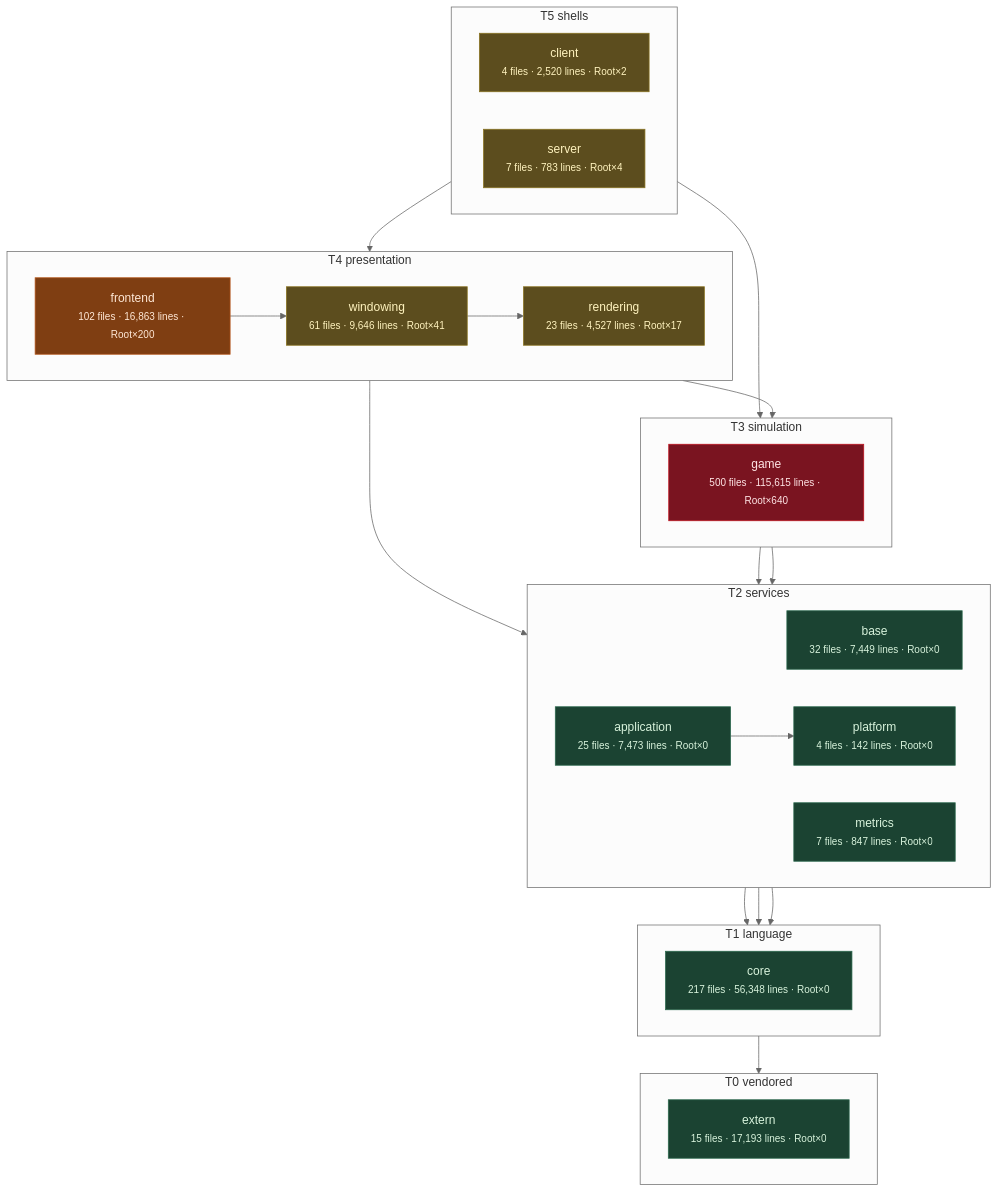
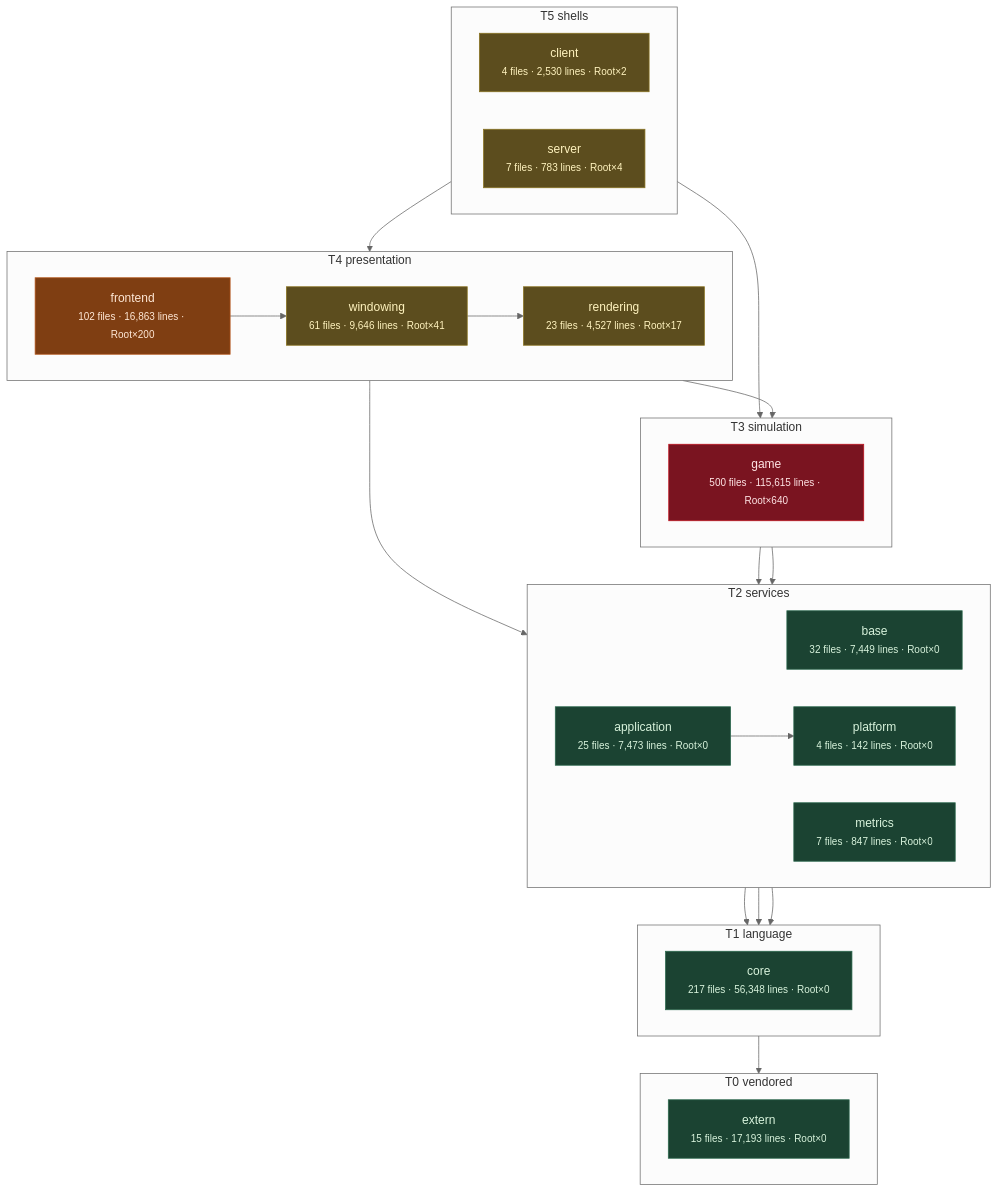
One commit to apnex/OpenStarbound changed the third of 11 diagrams in docs/architecture/system-boundaries.md. Above: the diagram before and after it, drawn with Mermaid (neutral theme). The commit also changed other lines of this file and 5 other files, not shown here.

````diff
--- a/docs/architecture/system-boundaries.md
+++ b/docs/architecture/system-boundaries.md
@@ -271,54 +271,54 @@
 ```mermaid
 flowchart TD
   subgraph T0["T0 vendored"]
     direction LR
     extern["extern<br/><small>15 files · 17,193 lines · Root×0</small>"]
   end
   subgraph T1["T1 language"]
     direction LR
     core["core<br/><small>217 files · 56,348 lines · Root×0</small>"]
   end
   subgraph T2["T2 services"]
     direction LR
     base["base<br/><small>32 files · 7,449 lines · Root×0</small>"]
     metrics["metrics<br/><small>7 files · 847 lines · Root×0</small>"]
     platform["platform<br/><small>4 files · 142 lines · Root×0</small>"]
     application["application<br/><small>25 files · 7,473 lines · Root×0</small>"]
   end
   subgraph T3["T3 simulation"]
     direction LR
     game["game<br/><small>500 files · 115,615 lines · Root×640</small>"]
   end
   subgraph T4["T4 presentation"]
     direction LR
     rendering["rendering<br/><small>23 files · 4,527 lines · Root×17</small>"]
     windowing["windowing<br/><small>61 files · 9,646 lines · Root×41</small>"]
     frontend["frontend<br/><small>102 files · 16,863 lines · Root×200</small>"]
   end
   subgraph T5["T5 shells"]
     direction LR
-    client["client<br/><small>4 files · 2,520 lines · Root×2</small>"]
+    client["client<br/><small>4 files · 2,530 lines · Root×2</small>"]
     server["server<br/><small>7 files · 783 lines · Root×4</small>"]
   end
   core --> extern
   base --> core
   metrics --> core
   platform --> core
   application --> platform
   game --> base
   game --> platform
   rendering --> application
   rendering --> game
   windowing --> rendering
   frontend --> windowing
   client --> frontend
   server --> game
   classDef clean fill:#1b4332,stroke:#2d6a4f,color:#d8f3dc
   classDef warm  fill:#5c4d1e,stroke:#8a7420,color:#fff3bf
   classDef hot   fill:#7f3e12,stroke:#b5561b,color:#ffe8d6
   classDef blaze fill:#7a1420,stroke:#c1121f,color:#ffe5e5
   class extern,core,base,metrics,platform,application clean
   class rendering,windowing,client,server warm
   class frontend hot
   class game blaze
 ```
````
